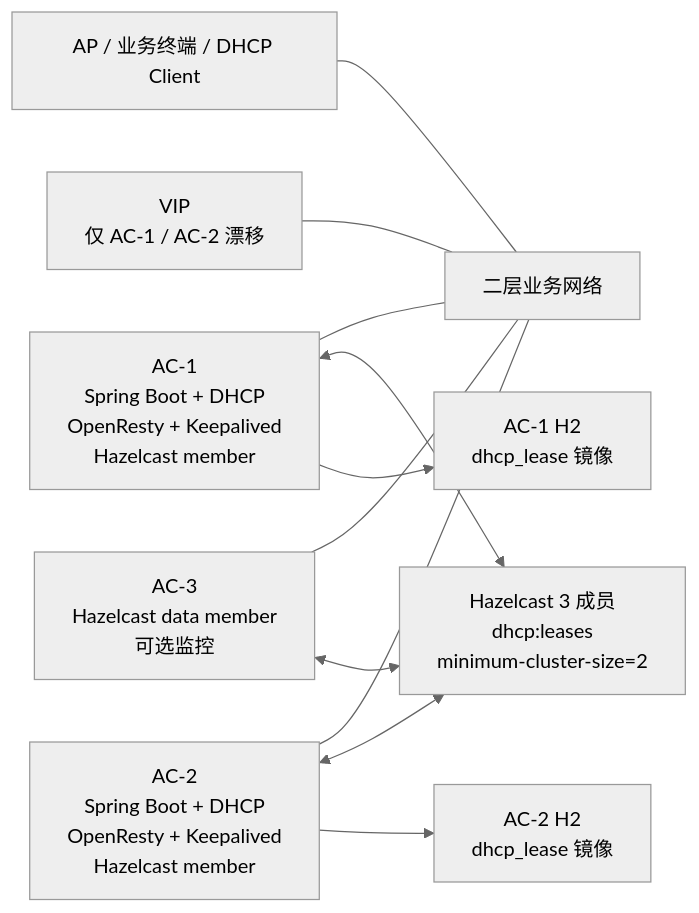
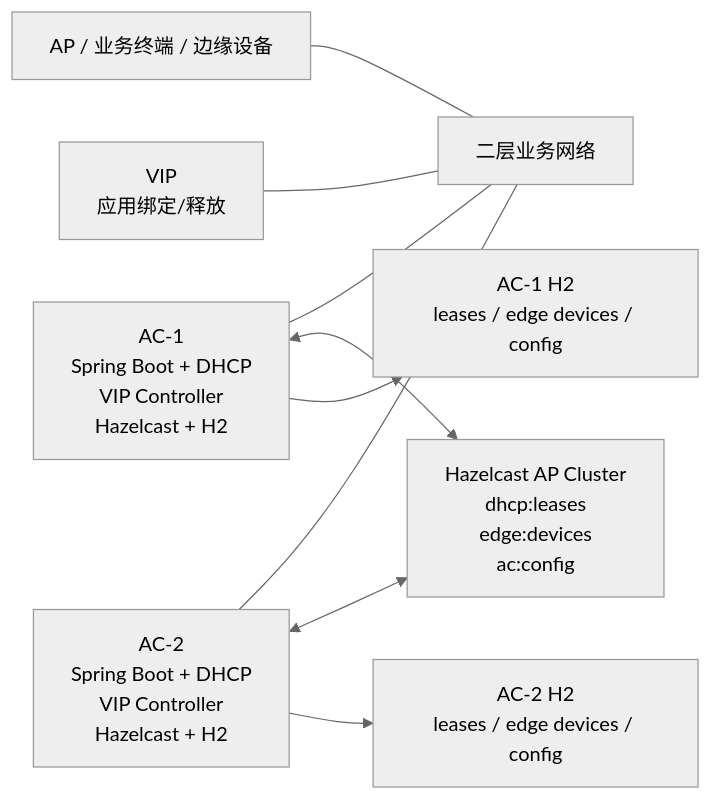
One commit to VieLune/ha-dhcp changed the diagram in doc/02-概要设计.md. Above: the diagram before and after it, drawn with Mermaid (neutral theme). The commit also changed other lines of this file and 44 other files, not shown here.

````diff
--- a/doc/02-概要设计.md
+++ b/doc/02-概要设计.md
@@ -11,17 +11,11 @@
 ```mermaid
 flowchart LR
-  DEV["AP / 业务终端 / DHCP Client"] --- LAN["二层业务网络"]
-
-  AC1["AC-1<br/>Spring Boot + DHCP<br/>OpenResty + Keepalived<br/>Hazelcast member"] --- LAN
-  AC2["AC-2<br/>Spring Boot + DHCP<br/>OpenResty + Keepalived<br/>Hazelcast member"] --- LAN
-  AC3["AC-3<br/>Hazelcast data member<br/>可选监控"] --- LAN
-
-  VIP["VIP<br/>仅 AC-1 / AC-2 漂移"] --- LAN
-
-  AC1 <--> HZ["Hazelcast 3 成员<br/>dhcp:leases<br/>minimum-cluster-size=2"]
+  DEV["AP / 业务终端 / 边缘设备"] --- LAN["二层业务网络"]
+  AC1["AC-1<br/>Spring Boot + DHCP<br/>VIP Controller<br/>Hazelcast + H2"] --- LAN
+  AC2["AC-2<br/>Spring Boot + DHCP<br/>VIP Controller<br/>Hazelcast + H2"] --- LAN
+  VIP["VIP<br/>应用绑定/释放"] --- LAN
+  AC1 <--> HZ["Hazelcast AP Cluster<br/>dhcp:leases<br/>edge:devices<br/>ac:config"]
   AC2 <--> HZ
-  AC3 <--> HZ
-
-  AC1 --> DB1["AC-1 H2<br/>dhcp_lease 镜像"]
-  AC2 --> DB2["AC-2 H2<br/>dhcp_lease 镜像"]
+  AC1 --> DB1["AC-1 H2<br/>leases / edge devices / config"]
+  AC2 --> DB2["AC-2 H2<br/>leases / edge devices / config"]
 ```
````
